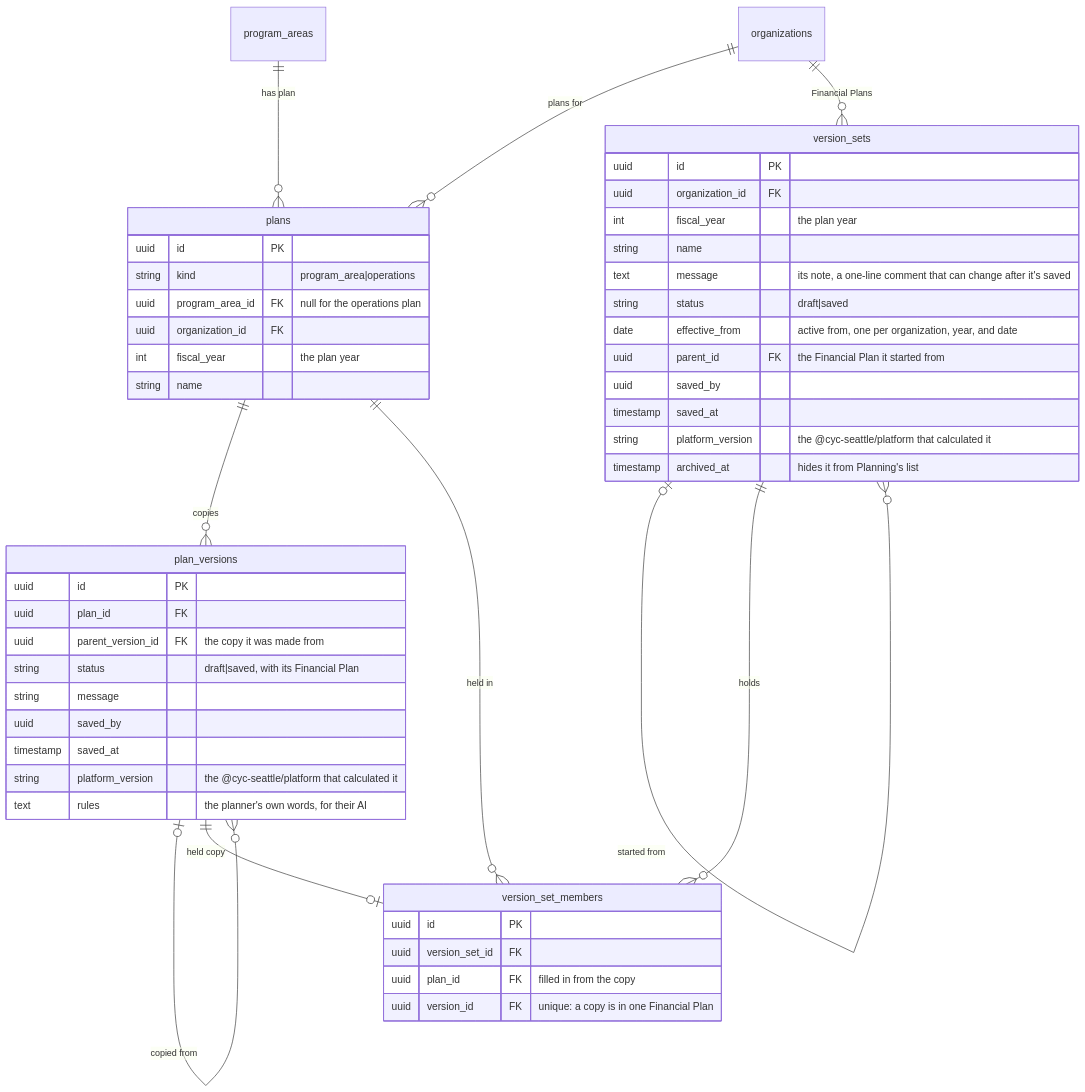
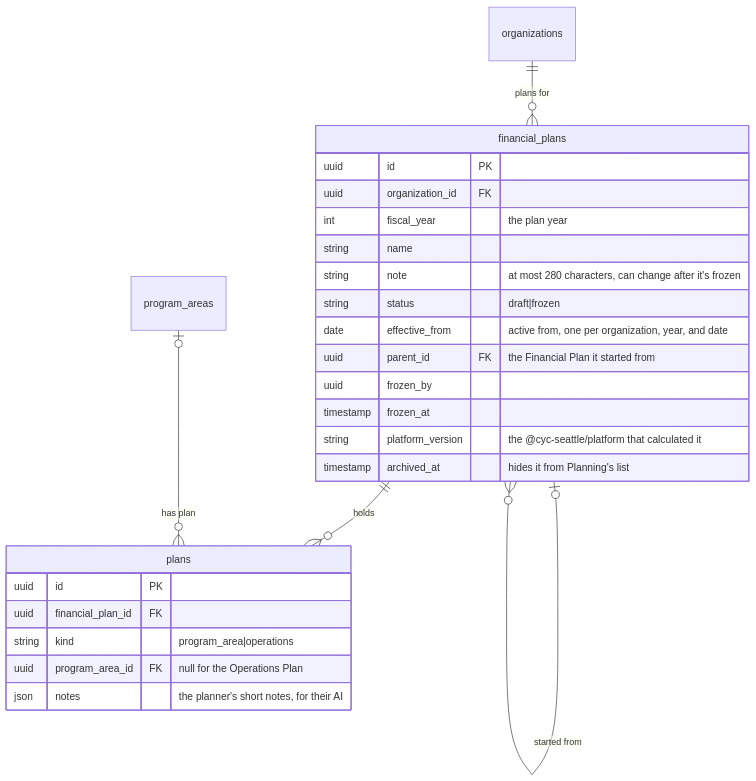
Before and after one commit to cyc-seattle/platform: the third of 7 diagrams in docs/planning-schema.md, drawn with Mermaid. The commit also changed other lines of this file and 66 other files, not shown here.

First line of the commit message:
feat(planning)!: one plan model, frozen Financial Plans, and short notes

````diff
--- a/docs/planning-schema.md
+++ b/docs/planning-schema.md
@@ -178,52 +177,29 @@
 ```mermaid
 erDiagram
-    program_areas ||--o{ plans : "has plan"
-    organizations ||--o{ plans : "plans for"
-    plans ||--o{ plan_versions : copies
-    plan_versions |o--o{ plan_versions : "copied from"
-    organizations ||--o{ version_sets : "Financial Plans"
-    version_sets |o--o{ version_sets : "started from"
-    version_sets ||--o{ version_set_members : holds
-    plans ||--o{ version_set_members : "held in"
-    plan_versions ||--o| version_set_members : "held copy"
+    organizations ||--o{ financial_plans : "plans for"
+    financial_plans |o--o{ financial_plans : "started from"
+    financial_plans ||--o{ plans : holds
+    program_areas |o--o{ plans : "has plan"
 
-    plans {
-        uuid id PK
-        string kind "program_area|operations"
-        uuid program_area_id FK "null for the operations plan"
-        uuid organization_id FK
-        int fiscal_year "the plan year"
-        string name
-    }
-    plan_versions {
-        uuid id PK
-        uuid plan_id FK
-        uuid parent_version_id FK "the copy it was made from"
-        string status "draft|saved, with its Financial Plan"
-        string message
-        uuid saved_by
-        timestamp saved_at
-        string platform_version "the @cyc-seattle/platform that calculated it"
-        text rules "the planner's own words, for their AI"
-    }
-    version_sets {
+    financial_plans {
         uuid id PK
         uuid organization_id FK
         int fiscal_year "the plan year"
         string name
-        text message "its note, a one-line comment that can change after it's saved"
-        string status "draft|saved"
+        string note "at most 280 characters, can change after it's frozen"
+        string status "draft|frozen"
         date effective_from "active from, one per organization, year, and date"
         uuid parent_id FK "the Financial Plan it started from"
-        uuid saved_by
-        timestamp saved_at
+        uuid frozen_by
+        timestamp frozen_at
         string platform_version "the @cyc-seattle/platform that calculated it"
         timestamp archived_at "hides it from Planning's list"
     }
-    version_set_members {
+    plans {
         uuid id PK
-        uuid version_set_id FK
-        uuid plan_id FK "filled in from the copy"
-        uuid version_id FK "unique: a copy is in one Financial Plan"
+        uuid financial_plan_id FK
+        string kind "program_area|operations"
+        uuid program_area_id FK "null for the Operations Plan"
+        json notes "the planner's short notes, for their AI"
     }
 ```
````
